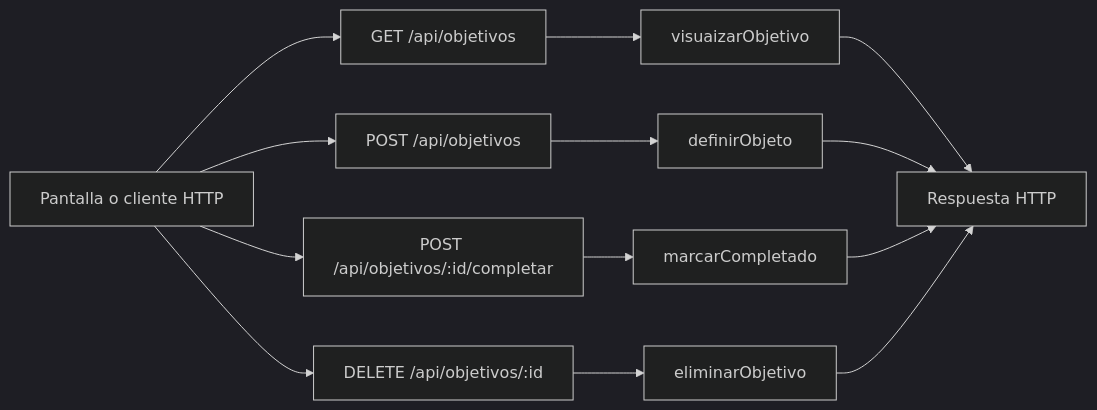
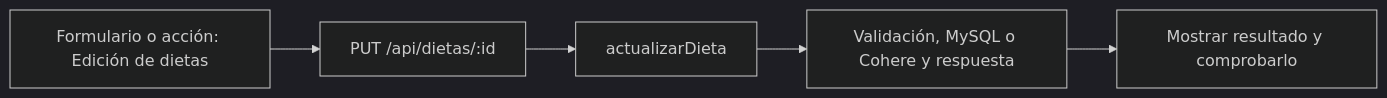
One commit to tomimeno0/GYM-OS-Preentrega-75 changed the diagram in guias/04-paulo-lopez.md. Above: the diagram before and after it, drawn with Mermaid (dark theme). The commit also changed other lines of this file and 12 other files, not shown here.

````diff
--- a/guias/04-paulo-lopez.md
+++ b/guias/04-paulo-lopez.md
@@ -18,16 +13,8 @@
 ```mermaid
 flowchart LR
-  P["Pantalla o cliente HTTP"]
-  P --> E0["GET /api/objetivos"]
-  E0 --> F0["visuaizarObjetivo"]
-  F0 --> R["Respuesta HTTP"]
-  P --> E1["POST /api/objetivos"]
-  E1 --> F1["definirObjeto"]
-  F1 --> R["Respuesta HTTP"]
-  P --> E2["POST /api/objetivos/:id/completar"]
-  E2 --> F2["marcarCompletado"]
-  F2 --> R["Respuesta HTTP"]
-  P --> E3["DELETE /api/objetivos/:id"]
-  E3 --> F3["eliminarObjetivo"]
-  F3 --> R["Respuesta HTTP"]
+  U["Formulario o acción: Edición de dietas"]
+  U --> E0["PUT /api/dietas/:id"]
+  E0 --> H0["actualizarDieta"]
+  H0 --> R["Validación, MySQL o Cohere y respuesta"]
+  R --> C["Mostrar resultado y comprobarlo"]
 ```
````
